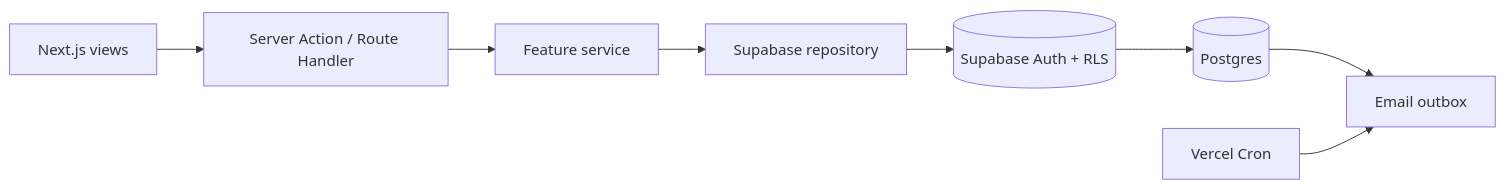
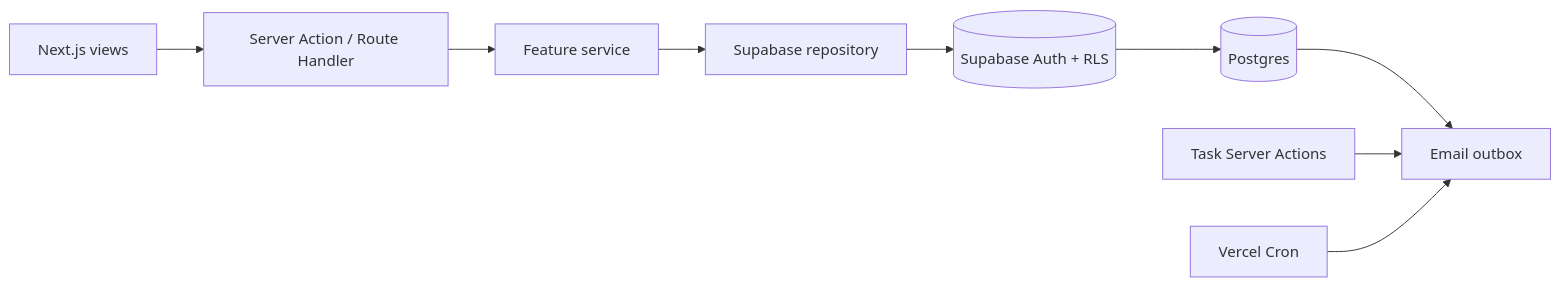
The diagram in docs/architecture.md (arukenimon/task-mgmt-system), drawn with Mermaid before and after one commit. The commit also changed other lines of this file and 43 other files, not shown here.

````diff
--- a/docs/architecture.md
+++ b/docs/architecture.md
@@ -7,10 +7,11 @@
 ```mermaid
 flowchart LR
   View[Next.js views] --> Controller[Server Action / Route Handler]
   Controller --> Service[Feature service]
   Service --> Repository[Supabase repository]
   Repository --> RLS[(Supabase Auth + RLS)]
   RLS --> DB[(Postgres)]
   DB --> Outbox[Email outbox]
+  Actions[Task Server Actions] --> Outbox
   Cron[Vercel Cron] --> Outbox
 ```
````
